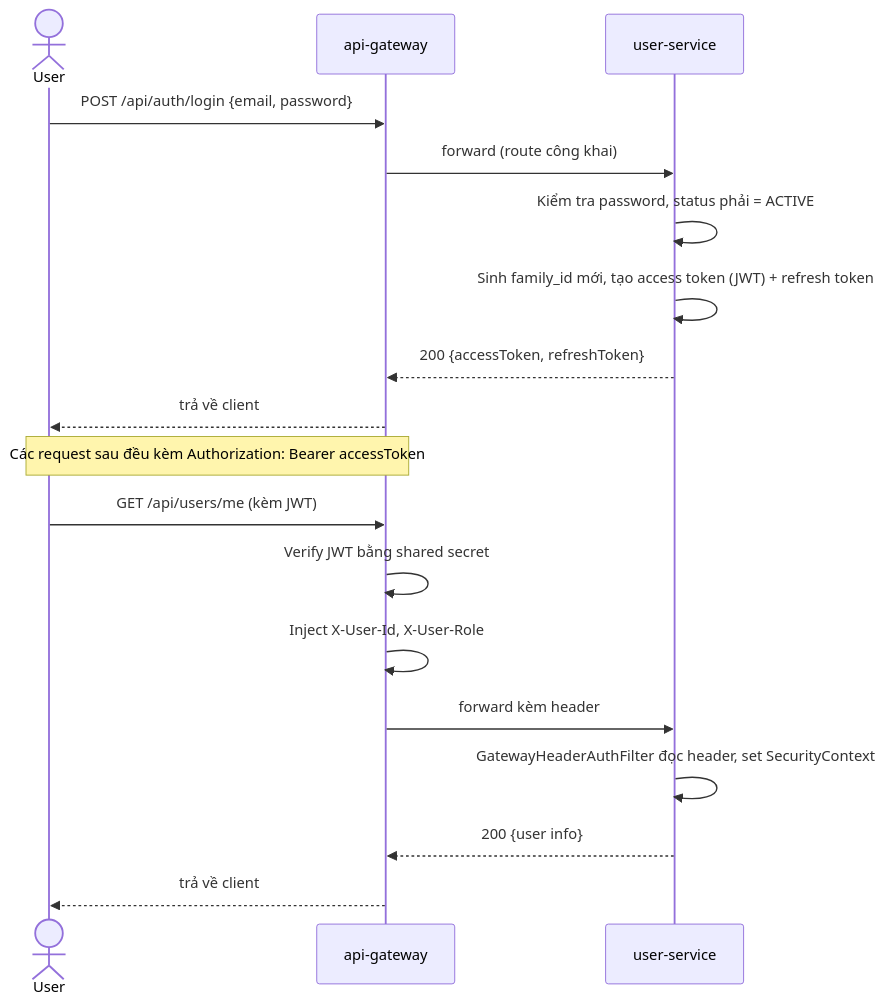
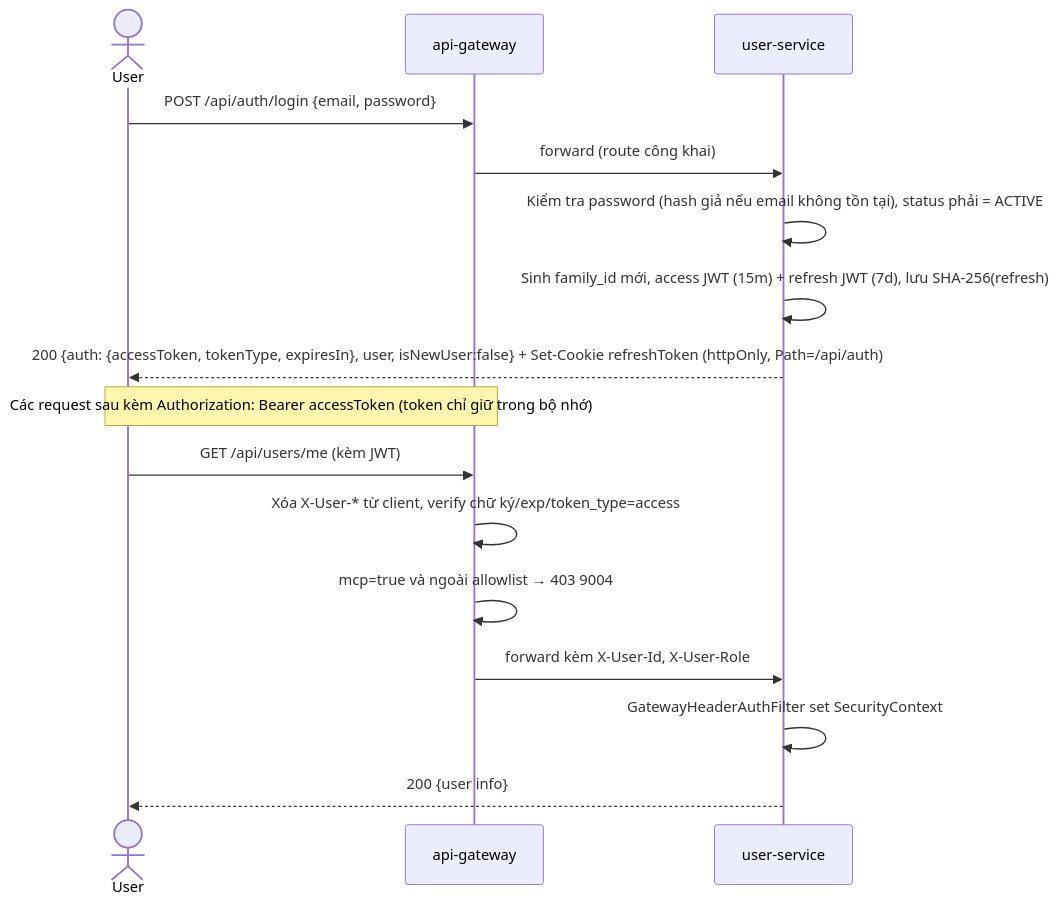
The fourth of 8 diagrams in docs/auth/P1_auth_design.md (TrungLe05/vantix), drawn with Mermaid before and after one commit. The commit also changed other lines of this file and 21 other files, not shown here.

````diff
--- a/docs/auth/P1_auth_design.md
+++ b/docs/auth/P1_auth_design.md
@@ -130,23 +133,21 @@
 ```mermaid
 sequenceDiagram
     actor U as User
     participant GW as api-gateway
     participant US as user-service
 
     U->>GW: POST /api/auth/login {email, password}
     GW->>US: forward (route công khai)
-    US->>US: Kiểm tra password, status phải = ACTIVE
-    US->>US: Sinh family_id mới, tạo access token (JWT) + refresh token
-    US-->>GW: 200 {accessToken, refreshToken}
-    GW-->>U: trả về client
+    US->>US: Kiểm tra password (hash giả nếu email không tồn tại), status phải = ACTIVE
+    US->>US: Sinh family_id mới, access JWT (15m) + refresh JWT (7d), lưu SHA-256(refresh)
+    US-->>U: 200 {auth: {accessToken, tokenType, expiresIn}, user, isNewUser:false} + Set-Cookie refreshToken (httpOnly, Path=/api/auth)
 
-    Note over U,GW: Các request sau đều kèm Authorization: Bearer accessToken
+    Note over U,GW: Các request sau kèm Authorization: Bearer accessToken (token chỉ giữ trong bộ nhớ)
 
     U->>GW: GET /api/users/me (kèm JWT)
-    GW->>GW: Verify JWT bằng shared secret
-    GW->>GW: Inject X-User-Id, X-User-Role
-    GW->>US: forward kèm header
-    US->>US: GatewayHeaderAuthFilter đọc header, set SecurityContext
-    US-->>GW: 200 {user info}
-    GW-->>U: trả về client
+    GW->>GW: Xóa X-User-* từ client, verify chữ ký/exp/token_type=access
+    GW->>GW: mcp=true và ngoài allowlist → 403 9004
+    GW->>US: forward kèm X-User-Id, X-User-Role
+    US->>US: GatewayHeaderAuthFilter set SecurityContext
+    US-->>U: 200 {user info}
 ```
````
